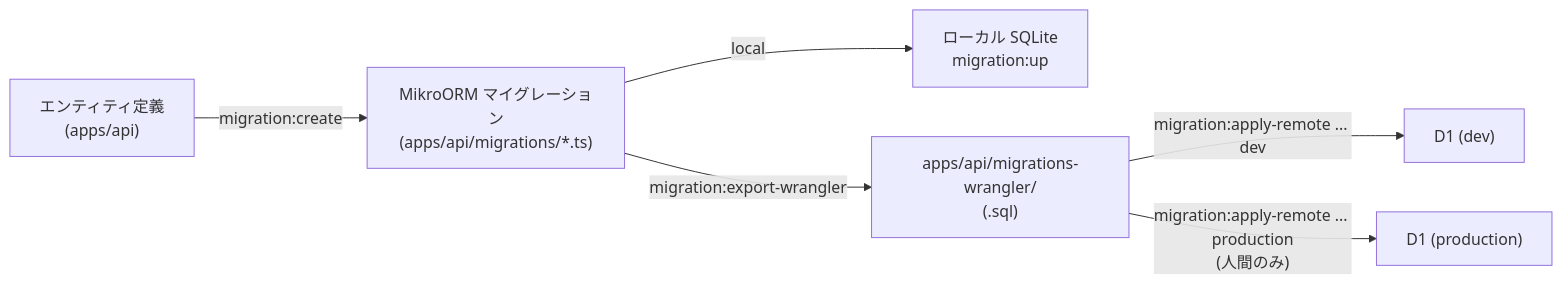
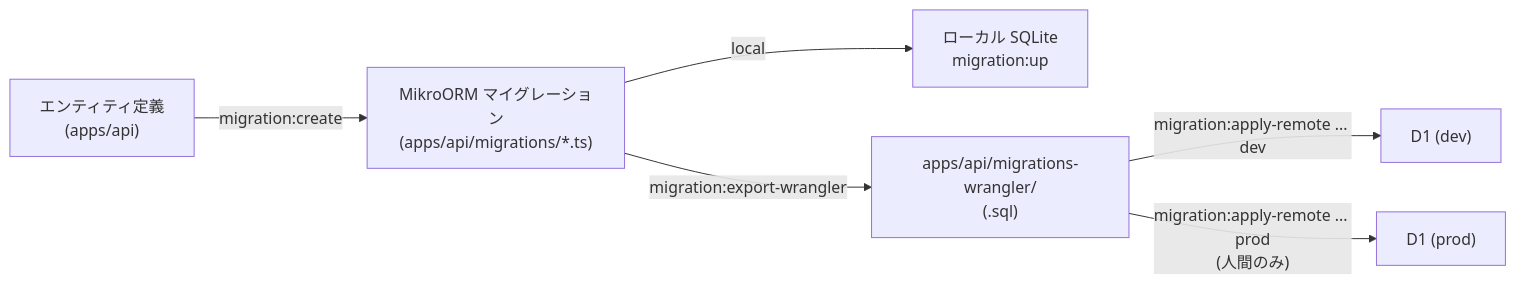
Before and after one commit to kurachiweb/genai-example-1-profile-community: the first of 2 diagrams in docs/GUIDES/db/02-migrations.md, drawn with Mermaid. The commit also changed other lines of this file and 19 other files, not shown here.

````diff
--- a/docs/GUIDES/db/02-migrations.md
+++ b/docs/GUIDES/db/02-migrations.md
@@ -15,8 +15,8 @@
 ```mermaid
 flowchart LR
     ENT["エンティティ定義<br/>(apps/api)"] -->|"migration:create"| MIG["MikroORM マイグレーション<br/>(apps/api/migrations/*.ts)"]
     MIG -->|local| SQLITE["ローカル SQLite<br/>migration:up"]
     MIG -->|"migration:export-wrangler"| WMIG["apps/api/migrations-wrangler/<br/>(.sql)"]
     WMIG -->|"migration:apply-remote ... dev"| D1DEV["D1 (dev)"]
-    WMIG -->|"migration:apply-remote ... production<br/>(人間のみ)"| D1PROD["D1 (production)"]
+    WMIG -->|"migration:apply-remote ... prod<br/>(人間のみ)"| D1PROD["D1 (prod)"]
 ```
````
